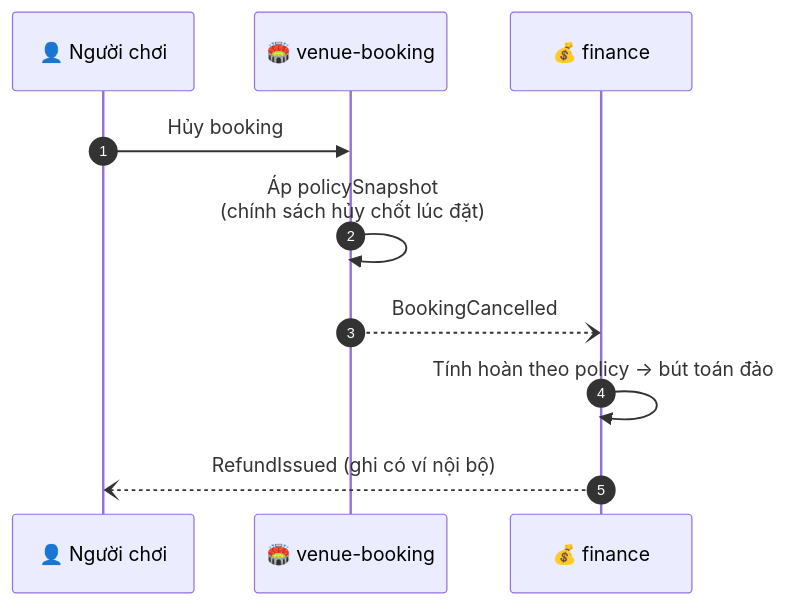
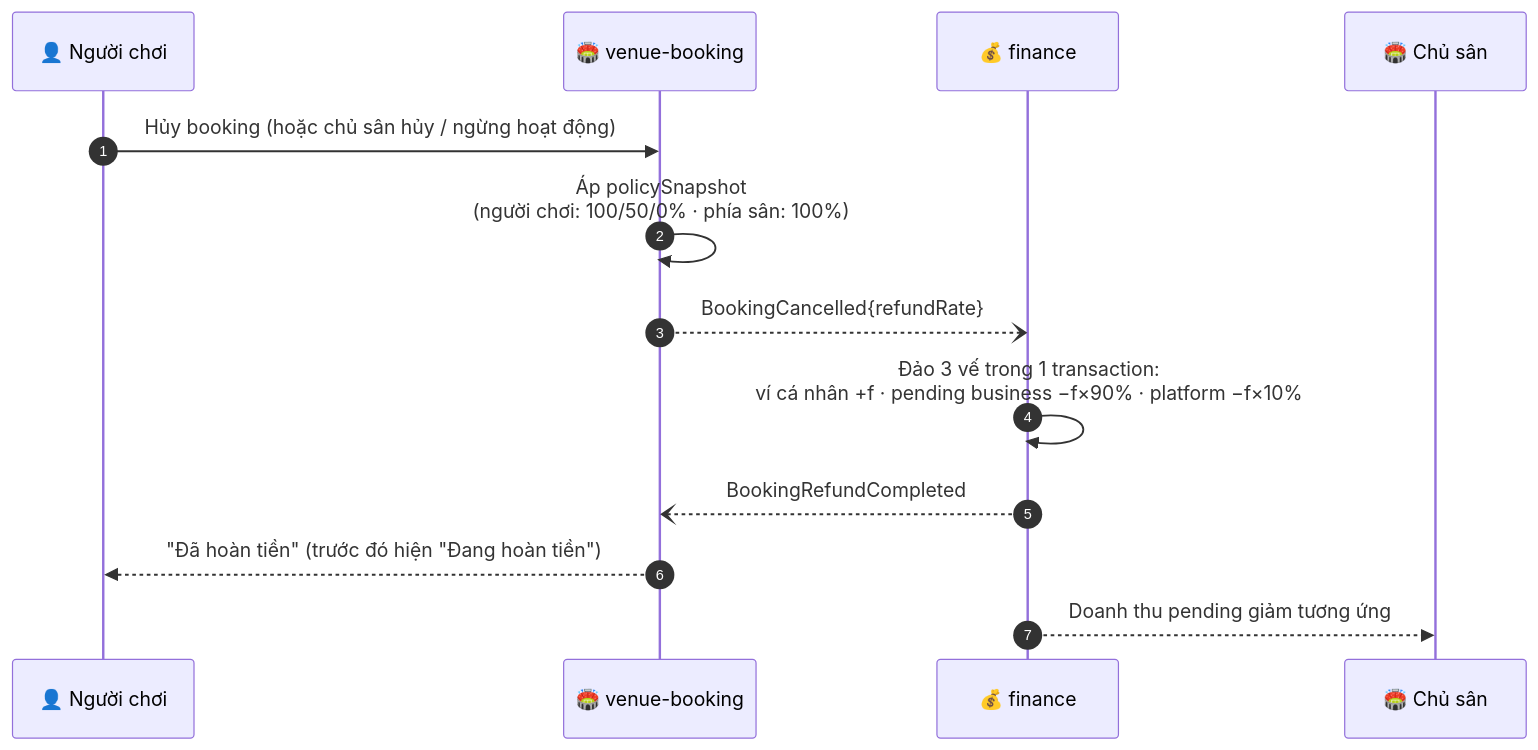
Before and after one commit to t-anh1007/Badminton-Platform: the fourth of 10 diagrams in README.md, drawn with Mermaid. The commit also changed other lines of this file and 1 other file, not shown here.

````diff
--- a/README.md
+++ b/README.md
@@ -347,12 +400,15 @@
 ```mermaid
 sequenceDiagram
     autonumber
     participant U as 👤 Người chơi
     participant VB as 🏟️ venue-booking
     participant FIN as 💰 finance
-    U->>VB: Hủy booking
-    VB->>VB: Áp policySnapshot<br/>(chính sách hủy chốt lúc đặt)
-    VB--)FIN: BookingCancelled
-    FIN->>FIN: Tính hoàn theo policy → bút toán đảo
-    FIN--)U: RefundIssued (ghi có ví nội bộ)
+    participant P as 🏟️ Chủ sân
+    U->>VB: Hủy booking (hoặc chủ sân hủy / ngừng hoạt động)
+    VB->>VB: Áp policySnapshot<br/>(người chơi: 100/50/0% · phía sân: 100%)
+    VB--)FIN: BookingCancelled{refundRate}
+    FIN->>FIN: Đảo 3 vế trong 1 transaction:<br/>ví cá nhân +f · pending business −f×90% · platform −f×10%
+    FIN--)VB: BookingRefundCompleted
+    VB-->>U: "Đã hoàn tiền" (trước đó hiện "Đang hoàn tiền")
+    FIN-->>P: Doanh thu pending giảm tương ứng
 ```
````
